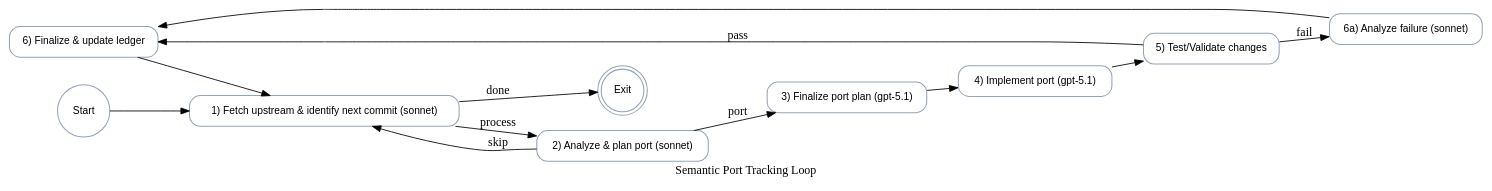
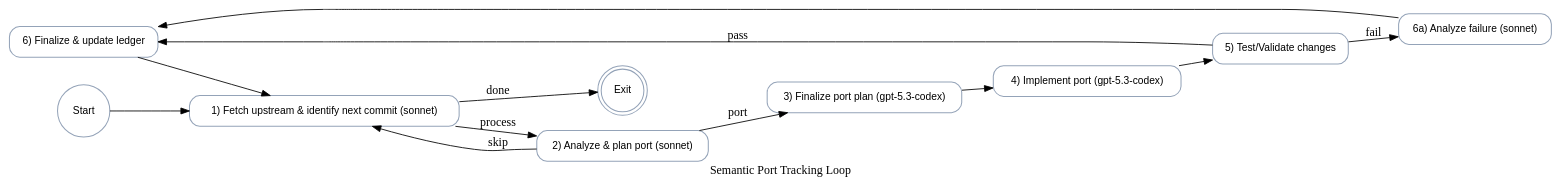
Before and after one commit to gfbonny/kilroy: the diagram in docs/strongdm/dot specs/semport.dot, drawn with Graphviz. The commit also changed 68 other files, not shown here.

First line of the commit message:
refactor(models): migrate all gpt-5.1/5.2 references to gpt-5.3-codex

````diff
--- a/docs/strongdm/dot specs/semport.dot
+++ b/docs/strongdm/dot specs/semport.dot
@@ -1,23 +1,23 @@
 digraph Workflow {
   graph [ label="Semantic Port Tracking Loop", goal="We want to intelligently track and port semantic changes from the upstream openai-agents-python repository to our Go implementation.\n\nWe want to fetch the latest commits from inspiration/openai-agents-python, analyze each new commit for semantic changes (not just syntax), and intelligently coalesce/merge those changes into our Go codebase while respecting Go idioms and our existing architecture.\n\nWe want to track the disposition of each upstream commit in semport/ledger.tsv with three states: 'new' (unprocessed), 'implemented' (changes made), or 'acknowledged' (reviewed but no changes needed).\n\nWe want to make sure we are surgical in this monorepo and follow pre-existing coding conventions and standards.", rankdir="LR", context_fidelity_default="truncate", context_thread_default="semport-tracking", default_max_retry="4" ];
 
-  FinalizeAndUpdateLedger [allow_partial="false", color="#94a3b8", fillcolor="white", fontname="Helvetica", fontsize="12", is_codergen="true", label="6) Finalize & update ledger", llm_model="gpt-5.2-codex", llm_prompt="**Finalize implementation and update ledger in one step.**\\n\\n1. Synthesize the port plan from .ai/runs/$KILROY_RUN_ID/semport_plan_sonnet.md and implementation results into .ai/runs/$KILROY_RUN_ID/semport_implementation_summary.md. List which upstream commits were processed, what changes were made (with file:line references), and the disposition ('implemented').\\n\\n2. Update the ledger using:\\n```\\npython3 semport/ledger.py update <shortsha> implemented\\npython3 semport/ledger.py sort\\n```\\n\\n3. Verify with `python3 semport/ledger.py stats` to see progress.\\n\\n4. **Commit all changes** (implementation + ledger update) with a clear message:\\n   ```\\n   git add -A\\n   git commit -m \"semport: implement <shortsha> - <brief description of what was ported>\"\\n   ```\\n   Example: `git commit -m \"semport: implement a776d80 - nest handoff history by default\"`\\n\\nKeep our goal $goal in mind. Then loop back to process the next commit.", llm_provider="openai", margin="0.1,0.08", max_agent_turns="8", node_type="stack.observe", penwidth="1.2", reasoning_effort="high", shape="box", style="rounded,filled", timeout="1200"];
+  FinalizeAndUpdateLedger [allow_partial="false", color="#94a3b8", fillcolor="white", fontname="Helvetica", fontsize="12", is_codergen="true", label="6) Finalize & update ledger", llm_model="gpt-5.3-codex", llm_prompt="**Finalize implementation and update ledger in one step.**\\n\\n1. Synthesize the port plan from .ai/runs/$KILROY_RUN_ID/semport_plan_sonnet.md and implementation results into .ai/runs/$KILROY_RUN_ID/semport_implementation_summary.md. List which upstream commits were processed, what changes were made (with file:line references), and the disposition ('implemented').\\n\\n2. Update the ledger using:\\n```\\npython3 semport/ledger.py update <shortsha> implemented\\npython3 semport/ledger.py sort\\n```\\n\\n3. Verify with `python3 semport/ledger.py stats` to see progress.\\n\\n4. **Commit all changes** (implementation + ledger update) with a clear message:\\n   ```\\n   git add -A\\n   git commit -m \"semport: implement <shortsha> - <brief description of what was ported>\"\\n   ```\\n   Example: `git commit -m \"semport: implement a776d80 - nest handoff history by default\"`\\n\\nKeep our goal $goal in mind. Then loop back to process the next commit.", llm_provider="openai", margin="0.1,0.08", max_agent_turns="8", node_type="stack.observe", penwidth="1.2", reasoning_effort="high", shape="box", style="rounded,filled", timeout="1200"];
 
-  TestValidate [allow_partial="true", color="#94a3b8", fillcolor="white", fontname="Helvetica", fontsize="12", is_codergen="true", label="5) Test/Validate changes", llm_model="gpt-5.2-codex", llm_prompt="Keeping our goal in mind: $goal. From repo root, validate that all ported changes work correctly. Run relevant tests (go test ./...), ensure compilation succeeds, and verify the ported functionality matches the upstream semantic intent (not necessarily syntax). Write validation results to .ai/runs/$KILROY_RUN_ID/semport_validation_report_NN.md. Use outcome=yes if all tests pass and changes are semantically correct; otherwise use outcome=retry with concrete failure details.", llm_provider="openai", margin="0.1,0.08", max_agent_turns="8", node_type="stack.steer", penwidth="1.2", reasoning_effort="high", shape="box", style="rounded,filled", timeout="1800"];
+  TestValidate [allow_partial="true", color="#94a3b8", fillcolor="white", fontname="Helvetica", fontsize="12", is_codergen="true", label="5) Test/Validate changes", llm_model="gpt-5.3-codex", llm_prompt="Keeping our goal in mind: $goal. From repo root, validate that all ported changes work correctly. Run relevant tests (go test ./...), ensure compilation succeeds, and verify the ported functionality matches the upstream semantic intent (not necessarily syntax). Write validation results to .ai/runs/$KILROY_RUN_ID/semport_validation_report_NN.md. Use outcome=yes if all tests pass and changes are semantically correct; otherwise use outcome=retry with concrete failure details.", llm_provider="openai", margin="0.1,0.08", max_agent_turns="8", node_type="stack.steer", penwidth="1.2", reasoning_effort="high", shape="box", style="rounded,filled", timeout="1800"];
 
-  AnalyzeFailureSonnet [allow_partial="false", color="#94a3b8", fillcolor="white", fontname="Helvetica", fontsize="12", is_codergen="true", label="6a) Analyze failure (sonnet)", llm_model="gpt-5.2-codex", llm_prompt="When tests or validation fail, inspect .ai/runs/$KILROY_RUN_ID/semport_validation_report_*.md, logs, diffs, and error messages. Write .ai/runs/$KILROY_RUN_ID/semport_failure_sonnet.md summarizing root causes, impacted files (with line references), and what needs to be fixed. Clearly note where failure artifacts are located. Keep our goal $goal in mind and be subjective.", llm_provider="openai", margin="0.1,0.08", max_agent_turns="8", node_type="stack.observe", penwidth="1.2", reasoning_effort="high", shape="box", style="rounded,filled", timeout="1200"];
+  AnalyzeFailureSonnet [allow_partial="false", color="#94a3b8", fillcolor="white", fontname="Helvetica", fontsize="12", is_codergen="true", label="6a) Analyze failure (sonnet)", llm_model="gpt-5.3-codex", llm_prompt="When tests or validation fail, inspect .ai/runs/$KILROY_RUN_ID/semport_validation_report_*.md, logs, diffs, and error messages. Write .ai/runs/$KILROY_RUN_ID/semport_failure_sonnet.md summarizing root causes, impacted files (with line references), and what needs to be fixed. Clearly note where failure artifacts are located. Keep our goal $goal in mind and be subjective.", llm_provider="openai", margin="0.1,0.08", max_agent_turns="8", node_type="stack.observe", penwidth="1.2", reasoning_effort="high", shape="box", style="rounded,filled", timeout="1200"];
 
-  FetchUpstreamSonnet [allow_partial="false", color="#94a3b8", fillcolor="white", fontname="Helvetica", fontsize="12", is_codergen="true", label="1) Fetch upstream & identify next commit (sonnet)", llm_model="gpt-5.2-codex", llm_prompt="Our goal is: $goal\\n\\n---\\n\\n**CRITICAL: Use semport/ledger.py for all ledger operations to ensure proper chronological ordering. Ledger entries MUST always use short git hashes (7 characters, e.g. from `git rev-parse --short`).**\\n\\n1. Run `python3 semport/ledger.py earliest` to get the chronologically earliest commit with disposition='new'\\n2. If a commit is found, write ONLY that single commit (shortsha, iso8601, and full commit message from git show) to .ai/runs/$KILROY_RUN_ID/semport_new_commits.md and use outcome=process\\n3. If NO 'new' commits exist:\\n   a. Ensure inspiration/openai-agents-python exists (clone if missing)\\n   b. Run git fetch && git pull in that directory\\n   c. Use git log to find commits newer than the latest in ledger.tsv, capturing a short hash for each commit (e.g. `git log --format='%h %cI' ...`)\\n   d. Add new commits using `python3 semport/ledger.py add <shortsha> <timestamp>`\\n   e. Run `python3 semport/ledger.py sort` to maintain chronological order\\n   f. Then run `python3 semport/ledger.py earliest` to get the first new commit\\n   g. If a new commit is found after fetching, write it to .ai/runs/$KILROY_RUN_ID/semport_new_commits.md and use outcome=process\\n   h. If still no new commits after fetching, write a completion report to .ai/runs/$KILROY_RUN_ID/semport_completion.md and use outcome=done\\n\\n**IMPORTANT**: You MUST end with exactly one of these outcomes:\\n- outcome=process (when there is a commit to process)\\n- outcome=done (when fully caught up with no new commits)", llm_provider="openai", margin="0.1,0.08", max_agent_turns="8", node_type="stack.steer", penwidth="1.2", reasoning_effort="high", shape="box", style="rounded,filled", timeout="1200"];
+  FetchUpstreamSonnet [allow_partial="false", color="#94a3b8", fillcolor="white", fontname="Helvetica", fontsize="12", is_codergen="true", label="1) Fetch upstream & identify next commit (sonnet)", llm_model="gpt-5.3-codex", llm_prompt="Our goal is: $goal\\n\\n---\\n\\n**CRITICAL: Use semport/ledger.py for all ledger operations to ensure proper chronological ordering. Ledger entries MUST always use short git hashes (7 characters, e.g. from `git rev-parse --short`).**\\n\\n1. Run `python3 semport/ledger.py earliest` to get the chronologically earliest commit with disposition='new'\\n2. If a commit is found, write ONLY that single commit (shortsha, iso8601, and full commit message from git show) to .ai/runs/$KILROY_RUN_ID/semport_new_commits.md and use outcome=process\\n3. If NO 'new' commits exist:\\n   a. Ensure inspiration/openai-agents-python exists (clone if missing)\\n   b. Run git fetch && git pull in that directory\\n   c. Use git log to find commits newer than the latest in ledger.tsv, capturing a short hash for each commit (e.g. `git log --format='%h %cI' ...`)\\n   d. Add new commits using `python3 semport/ledger.py add <shortsha> <timestamp>`\\n   e. Run `python3 semport/ledger.py sort` to maintain chronological order\\n   f. Then run `python3 semport/ledger.py earliest` to get the first new commit\\n   g. If a new commit is found after fetching, write it to .ai/runs/$KILROY_RUN_ID/semport_new_commits.md and use outcome=process\\n   h. If still no new commits after fetching, write a completion report to .ai/runs/$KILROY_RUN_ID/semport_completion.md and use outcome=done\\n\\n**IMPORTANT**: You MUST end with exactly one of these outcomes:\\n- outcome=process (when there is a commit to process)\\n- outcome=done (when fully caught up with no new commits)", llm_provider="openai", margin="0.1,0.08", max_agent_turns="8", node_type="stack.steer", penwidth="1.2", reasoning_effort="high", shape="box", style="rounded,filled", timeout="1200"];
 
-  ImplementPort [allow_partial="true", color="#94a3b8", fillcolor="white", fontname="Helvetica", fontsize="12", is_codergen="true", label="4) Implement port (gpt-5.1)", llm_model="gpt-5.2-codex", llm_prompt="Follow the port plan in .ai/runs/$KILROY_RUN_ID/semport_plan_finalized.md. For each upstream commit, port the semantic changes to the Go codebase. Focus on semantic equivalence, not literal translation. Use Go idioms, respect existing architecture, and reference specific files/line ranges. Log all changes and commands to .ai/runs/$KILROY_RUN_ID/semport_impl.log.", llm_provider="openai", margin="0.1,0.08", max_agent_turns="8", node_type="stack.observe", penwidth="1.2", reasoning_effort="high", shape="box", style="rounded,filled", timeout="2400"];
+  ImplementPort [allow_partial="true", color="#94a3b8", fillcolor="white", fontname="Helvetica", fontsize="12", is_codergen="true", label="4) Implement port (gpt-5.3-codex)", llm_model="gpt-5.3-codex", llm_prompt="Follow the port plan in .ai/runs/$KILROY_RUN_ID/semport_plan_finalized.md. For each upstream commit, port the semantic changes to the Go codebase. Focus on semantic equivalence, not literal translation. Use Go idioms, respect existing architecture, and reference specific files/line ranges. Log all changes and commands to .ai/runs/$KILROY_RUN_ID/semport_impl.log.", llm_provider="openai", margin="0.1,0.08", max_agent_turns="8", node_type="stack.observe", penwidth="1.2", reasoning_effort="high", shape="box", style="rounded,filled", timeout="2400"];
 
-  FinalizePlanGPT [allow_partial="false", color="#94a3b8", fillcolor="white", fontname="Helvetica", fontsize="12", is_codergen="true", label="3) Finalize port plan (gpt-5.1)", llm_model="gpt-5.2-codex", llm_prompt="Keeping our goal $goal in mind. Perform a final editorial pass over .ai/runs/$KILROY_RUN_ID/semport_plan_sonnet.md and write .ai/runs/$KILROY_RUN_ID/semport_plan_finalized.md. Ensure each port task has concrete file:line references, clear acceptance criteria, and is directly executable. Remove vague language and ensure the plan is actionable.", llm_provider="openai", margin="0.1,0.08", max_agent_turns="8", node_type="stack.observe", penwidth="1.2", reasoning_effort="high", shape="box", style="rounded,filled", timeout="1200"];
+  FinalizePlanGPT [allow_partial="false", color="#94a3b8", fillcolor="white", fontname="Helvetica", fontsize="12", is_codergen="true", label="3) Finalize port plan (gpt-5.3-codex)", llm_model="gpt-5.3-codex", llm_prompt="Keeping our goal $goal in mind. Perform a final editorial pass over .ai/runs/$KILROY_RUN_ID/semport_plan_sonnet.md and write .ai/runs/$KILROY_RUN_ID/semport_plan_finalized.md. Ensure each port task has concrete file:line references, clear acceptance criteria, and is directly executable. Remove vague language and ensure the plan is actionable.", llm_provider="openai", margin="0.1,0.08", max_agent_turns="8", node_type="stack.observe", penwidth="1.2", reasoning_effort="high", shape="box", style="rounded,filled", timeout="1200"];
 
-  Exit [allow_partial="false", color="#94a3b8", fillcolor="white", fontname="Helvetica", fontsize="12", is_codergen="true", label="Exit", llm_model="gpt-5.2-codex", llm_provider="openai", margin="0.1,0.08", max_agent_turns="8", node_type="exit", penwidth="1.2", reasoning_effort="high", shape="doublecircle", style="rounded,filled", timeout="1200"];
+  Exit [allow_partial="false", color="#94a3b8", fillcolor="white", fontname="Helvetica", fontsize="12", is_codergen="true", label="Exit", llm_model="gpt-5.3-codex", llm_provider="openai", margin="0.1,0.08", max_agent_turns="8", node_type="exit", penwidth="1.2", reasoning_effort="high", shape="doublecircle", style="rounded,filled", timeout="1200"];
 
-  Start [allow_partial="false", color="#94a3b8", fillcolor="white", fontname="Helvetica", fontsize="12", is_codergen="true", label="Start", llm_model="gpt-5.2-codex", llm_provider="openai", margin="0.1,0.08", max_agent_turns="8", node_type="start", penwidth="1.2", reasoning_effort="high", shape="circle", style="rounded,filled", timeout="1200"];
+  Start [allow_partial="false", color="#94a3b8", fillcolor="white", fontname="Helvetica", fontsize="12", is_codergen="true", label="Start", llm_model="gpt-5.3-codex", llm_provider="openai", margin="0.1,0.08", max_agent_turns="8", node_type="start", penwidth="1.2", reasoning_effort="high", shape="circle", style="rounded,filled", timeout="1200"];
 
-  AnalyzePlanSonnet [allow_partial="false", color="#94a3b8", fillcolor="white", fontname="Helvetica", fontsize="12", is_codergen="true", label="2) Analyze & plan port (sonnet)", llm_model="gpt-5.2-codex", llm_prompt="Keeping our goal $goal in mind. Read .ai/runs/$KILROY_RUN_ID/semport_new_commits.md which contains a SINGLE commit to process. Examine this one commit in inspiration/openai-agents-python using git show. Analyze the semantic changes (what functionality changed, not just syntax). Decide if this change is relevant to our Go implementation or if it's Python-specific/docs-only/not-applicable.\\n\\nWrite .ai/runs/$KILROY_RUN_ID/semport_plan_sonnet.md with sections: Commit Being Processed (shortsha and summary), Semantic Analysis (what changed functionally), DECISION (port or acknowledge with clear reasoning), Port Plan (if porting: concrete tasks with file:line references for Go code), and Disposition Recommendation.\\n\\n**If decision is to ACKNOWLEDGE (skip):**\\n1. Update the ledger: `python3 semport/ledger.py update <shortsha> acknowledged && python3 semport/ledger.py sort`\\n2. Verify with `python3 semport/ledger.py stats`\\n3. **Commit the ledger change** with a clear message summarizing why this commit was acknowledged:\\n   ```\\n   git add semport/ledger.tsv\\n   git commit -m \"semport: acknowledge <shortsha> - <brief reason>\"\\n   ```\\n   Example: `git commit -m \"semport: acknowledge e3fe4f4 - docs typo fix, no Go changes needed\"`\\n4. Use outcome=skip to loop back for next commit\\n\\n**If decision is to PORT:**\\nUse outcome=port to proceed to implementation.", llm_provider="openai", margin="0.1,0.08", max_agent_turns="8", node_type="stack.steer", penwidth="1.2", reasoning_effort="high", shape="box", style="rounded,filled", timeout="1200"];
+  AnalyzePlanSonnet [allow_partial="false", color="#94a3b8", fillcolor="white", fontname="Helvetica", fontsize="12", is_codergen="true", label="2) Analyze & plan port (sonnet)", llm_model="gpt-5.3-codex", llm_prompt="Keeping our goal $goal in mind. Read .ai/runs/$KILROY_RUN_ID/semport_new_commits.md which contains a SINGLE commit to process. Examine this one commit in inspiration/openai-agents-python using git show. Analyze the semantic changes (what functionality changed, not just syntax). Decide if this change is relevant to our Go implementation or if it's Python-specific/docs-only/not-applicable.\\n\\nWrite .ai/runs/$KILROY_RUN_ID/semport_plan_sonnet.md with sections: Commit Being Processed (shortsha and summary), Semantic Analysis (what changed functionally), DECISION (port or acknowledge with clear reasoning), Port Plan (if porting: concrete tasks with file:line references for Go code), and Disposition Recommendation.\\n\\n**If decision is to ACKNOWLEDGE (skip):**\\n1. Update the ledger: `python3 semport/ledger.py update <shortsha> acknowledged && python3 semport/ledger.py sort`\\n2. Verify with `python3 semport/ledger.py stats`\\n3. **Commit the ledger change** with a clear message summarizing why this commit was acknowledged:\\n   ```\\n   git add semport/ledger.tsv\\n   git commit -m \"semport: acknowledge <shortsha> - <brief reason>\"\\n   ```\\n   Example: `git commit -m \"semport: acknowledge e3fe4f4 - docs typo fix, no Go changes needed\"`\\n4. Use outcome=skip to loop back for next commit\\n\\n**If decision is to PORT:**\\nUse outcome=port to proceed to implementation.", llm_provider="openai", margin="0.1,0.08", max_agent_turns="8", node_type="stack.steer", penwidth="1.2", reasoning_effort="high", shape="box", style="rounded,filled", timeout="1200"];
 
   FinalizeAndUpdateLedger -> FetchUpstreamSonnet [loop_restart="true"];
   Start -> FetchUpstreamSonnet;
````
